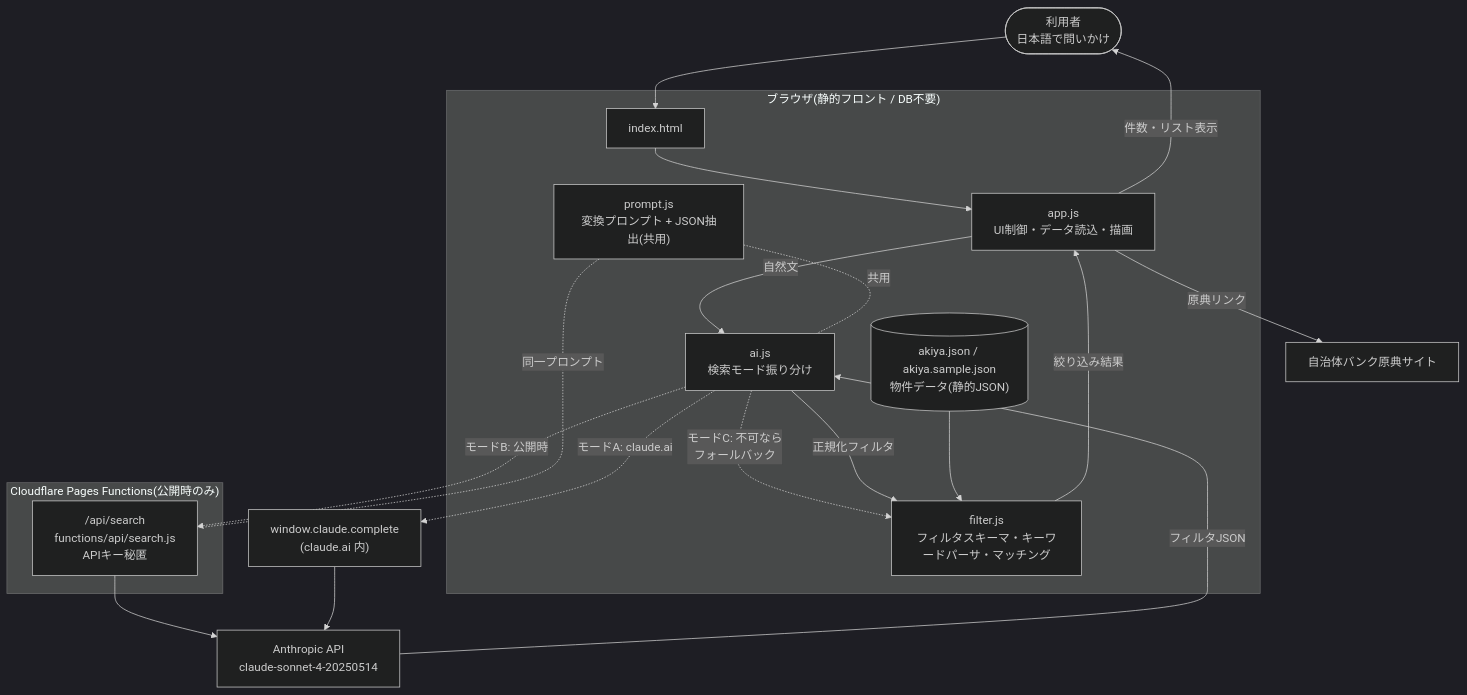
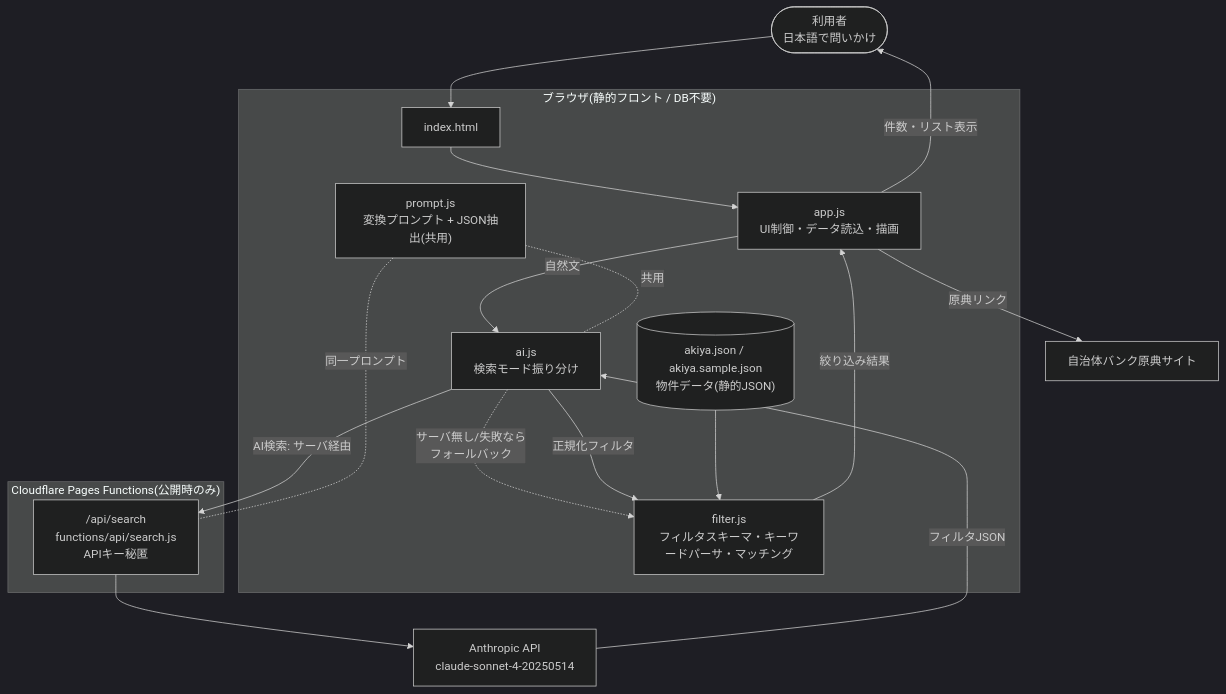
Before and after one commit to shinyanakashima/MLIT-LINKS-akiya-ask: the first of 4 diagrams in docs/architecture.md, drawn with Mermaid (dark theme). The commit also changed other lines of this file and 6 other files, not shown here.

First line of the commit message:
claude.ai Artifact 経路を削除し検索経路を2系統に簡素化

````diff
--- a/docs/architecture.md
+++ b/docs/architecture.md
@@ -5,37 +5,34 @@
 ```mermaid
 flowchart TB
     user(["利用者<br/>日本語で問いかけ"])
 
     subgraph browser["ブラウザ(静的フロント / DB不要)"]
         idx["index.html"]
         app["app.js<br/>UI制御・データ読込・描画"]
         ai["ai.js<br/>検索モード振り分け"]
         prompt["prompt.js<br/>変換プロンプト + JSON抽出(共用)"]
         filter["filter.js<br/>フィルタスキーマ・キーワードパーサ・マッチング"]
         data[("akiya.json / akiya.sample.json<br/>物件データ(静的JSON)")]
     end
 
     subgraph edge["Cloudflare Pages Functions(公開時のみ)"]
         fn["/api/search<br/>functions/api/search.js<br/>APIキー秘匿"]
     end
 
     anthropic["Anthropic API<br/>claude-sonnet-4-20250514"]
-    artifact["window.claude.complete<br/>(claude.ai 内)"]
     source["自治体バンク原典サイト"]
 
     user --> idx --> app
     app -->|自然文| ai
-    ai -.->|モードA: claude.ai| artifact
-    ai -.->|モードB: 公開時| fn --> anthropic
-    artifact --> anthropic
-    ai -.->|モードC: 不可なら<br/>フォールバック| filter
+    ai -->|AI検索: サーバ経由| fn --> anthropic
+    ai -.->|サーバ無し/失敗なら<br/>フォールバック| filter
     prompt -.共用.- ai
     prompt -.同一プロンプト.- fn
 
     anthropic -->|フィルタJSON| ai
     ai -->|正規化フィルタ| filter
     data --> filter
     filter -->|絞り込み結果| app
     app -->|件数・リスト表示| user
     app -->|原典リンク| source
 ```
````
